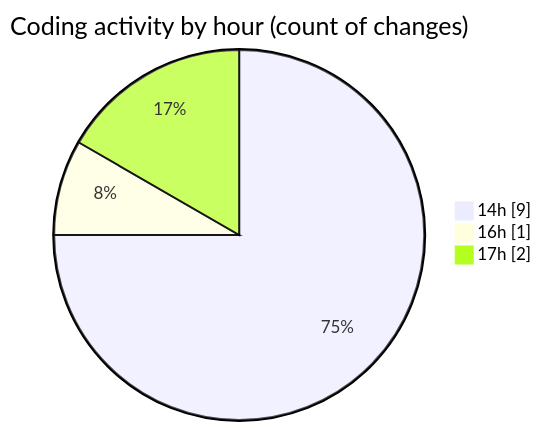
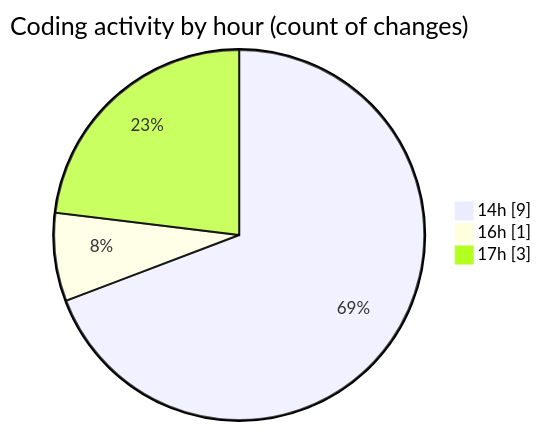
One commit to nxtqubesakshisongat/code-tracking changed the second of 2 diagrams in 2026-01-04/nxtqube_webapp/README.md. Above: the diagram before and after it, drawn with Mermaid. The commit also changed other lines of this file and 1 other file, not shown here.

````diff
--- a/2026-01-04/nxtqube_webapp/README.md
+++ b/2026-01-04/nxtqube_webapp/README.md
@@ -30,7 +31,7 @@
 ```mermaid
 pie showData
 title Coding activity by hour (count of changes)
 "14h" : 9
 "16h" : 1
-"17h" : 2
+"17h" : 3
 ```
````
